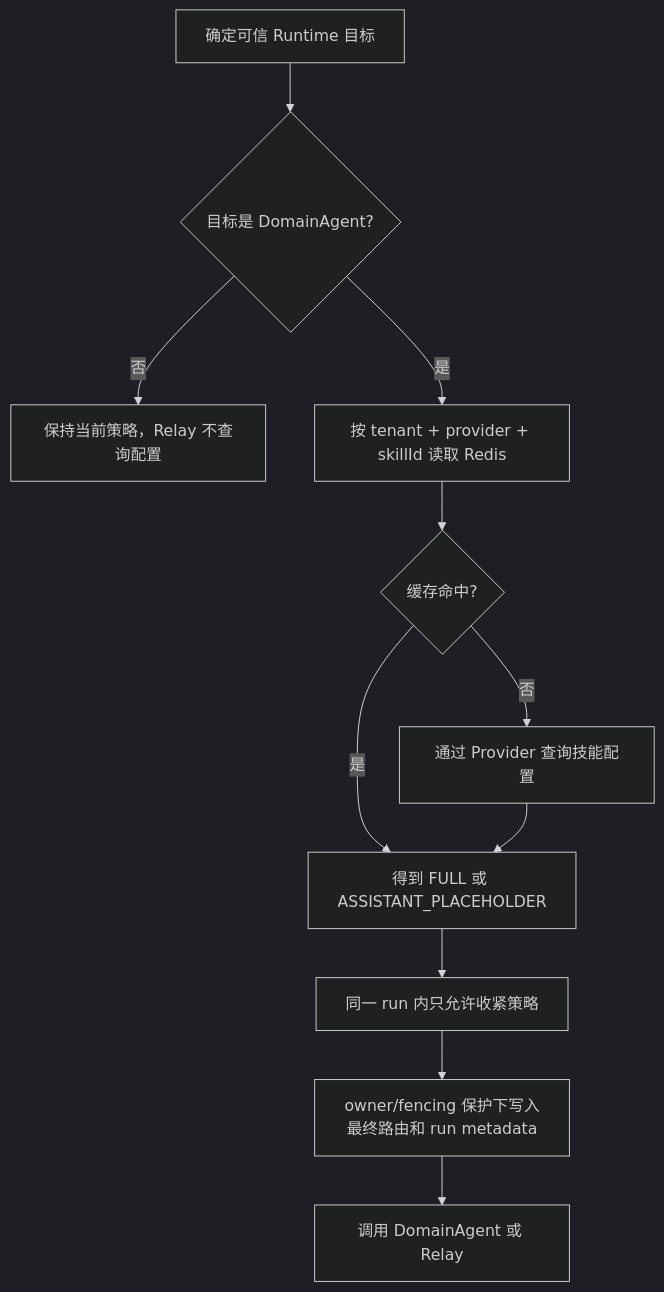
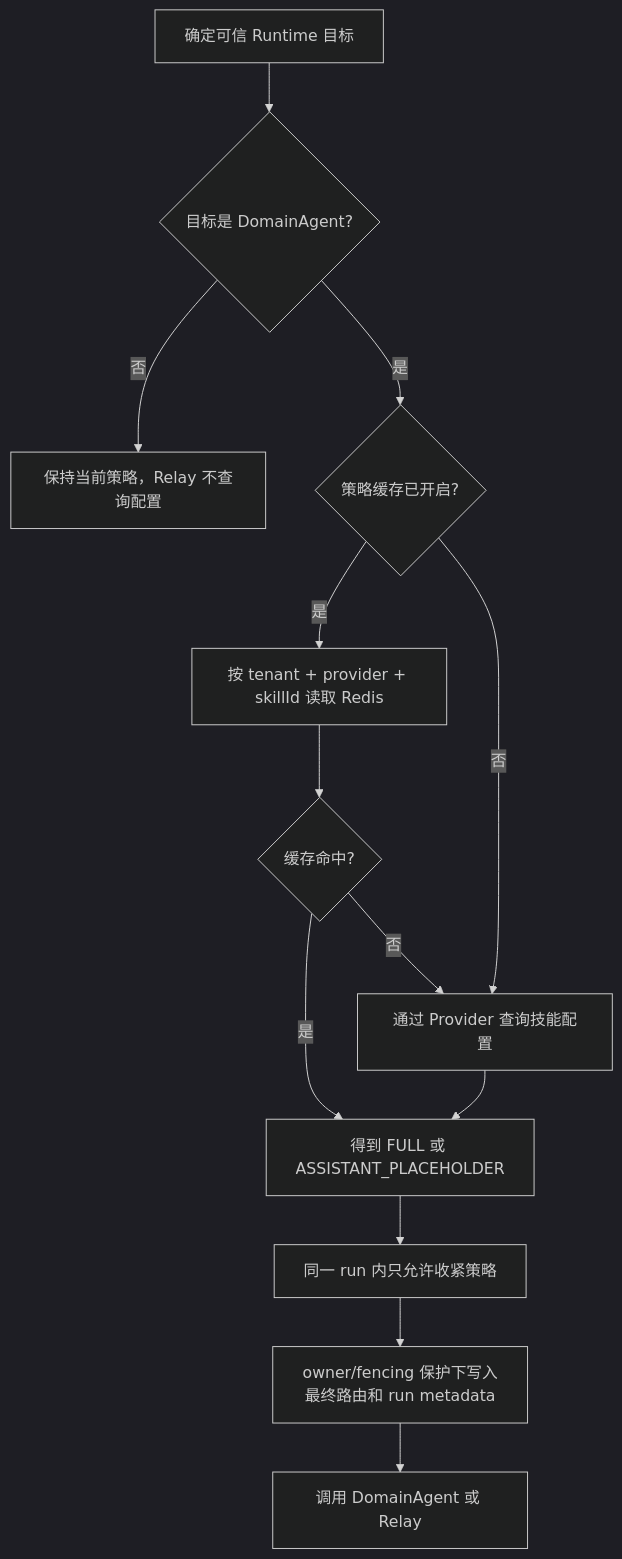
The diagram in docs/architecture/domain-agent-assistant-persistence.md (kunben-duck/exweb), drawn with Mermaid (dark theme) before and after one commit. The commit also changed other lines of this file and 7 other files, not shown here.

````diff
--- a/docs/architecture/domain-agent-assistant-persistence.md
+++ b/docs/architecture/domain-agent-assistant-persistence.md
@@ -65,13 +65,15 @@
 ```mermaid
 flowchart TD
     A["确定可信 Runtime 目标"] --> B{"目标是 DomainAgent?"}
     B -- "否" --> C["保持当前策略，Relay 不查询配置"]
-    B -- "是" --> D["按 tenant + provider + skillId 读取 Redis"]
-    D --> E{"缓存命中?"}
-    E -- "是" --> F["得到 FULL 或 ASSISTANT_PLACEHOLDER"]
-    E -- "否" --> G["通过 Provider 查询技能配置"]
+    B -- "是" --> D{"策略缓存已开启?"}
+    D -- "是" --> E["按 tenant + provider + skillId 读取 Redis"]
+    E --> K{"缓存命中?"}
+    K -- "是" --> F["得到 FULL 或 ASSISTANT_PLACEHOLDER"]
+    K -- "否" --> G["通过 Provider 查询技能配置"]
+    D -- "否" --> G
     G --> F
     F --> H["同一 run 内只允许收紧策略"]
     H --> I["owner/fencing 保护下写入最终路由和 run metadata"]
     I --> J["调用 DomainAgent 或 Relay"]
 ```
````
